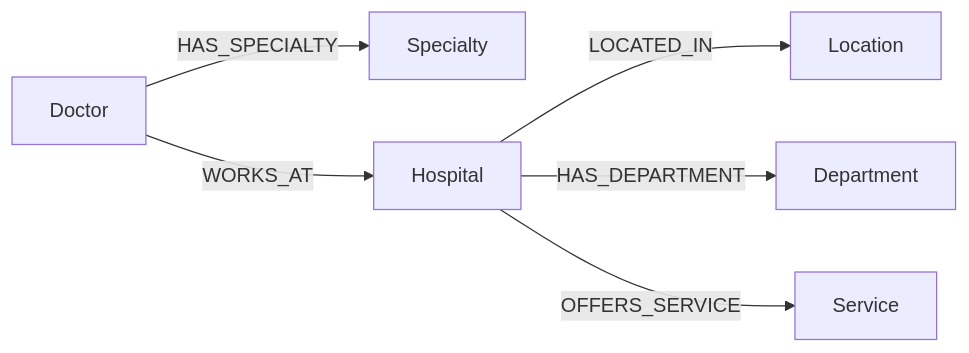
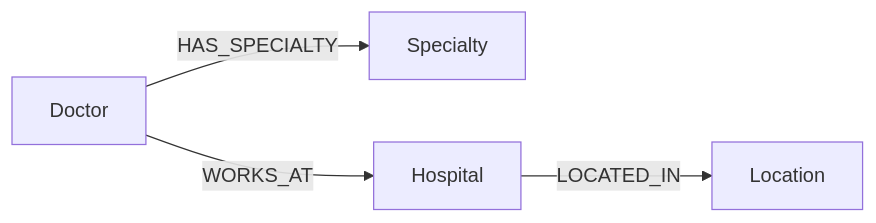
The fourth of 8 diagrams in README.md (sydelendure/healthcare-knowledge-graph-assistant), drawn with Mermaid before and after one commit. The commit also changed other lines of this file, not shown here.

````diff
--- a/README.md
+++ b/README.md
@@ -122,8 +340,12 @@
 ```mermaid
 graph LR
-    D["Doctor"] -->|HAS_SPECIALTY| S["Specialty"]
-    D -->|WORKS_AT| H["Hospital"]
-    H -->|LOCATED_IN| L["Location"]
-    H -->|HAS_DEPARTMENT| DP["Department"]
-    H -->|OFFERS_SERVICE| SV["Service"]
+
+    D["Doctor"]
+    S["Specialty"]
+    H["Hospital"]
+    L["Location"]
+
+    D -->|HAS_SPECIALTY| S
+    D -->|WORKS_AT| H
+    H -->|LOCATED_IN| L
 ```
````
